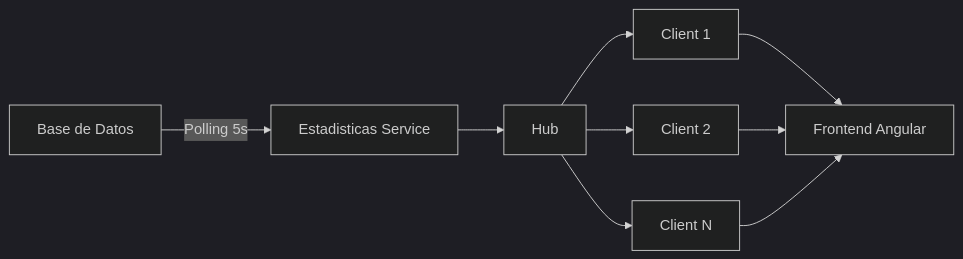
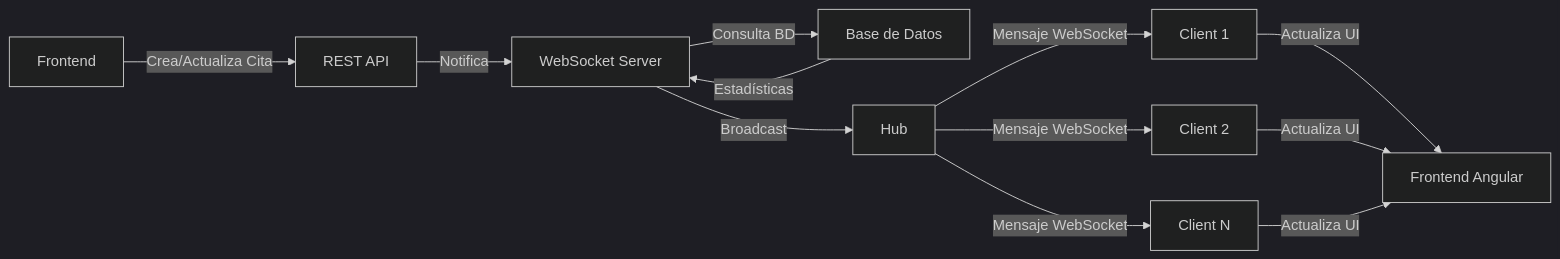
The diagram in backend/services/websocket-server/README.md (DavidJaramillo132/virtual-queue-cms), drawn with Mermaid (dark theme) before and after one commit. The commit also changed other lines of this file and 13 other files, not shown here.

````diff
--- a/backend/services/websocket-server/README.md
+++ b/backend/services/websocket-server/README.md
@@ -143,11 +166,14 @@
 ```mermaid
 graph LR
-    A[Base de Datos] -->|Polling 5s| B[Estadisticas Service]
-    B --> C[Hub]
-    C --> D[Client 1]
-    C --> E[Client 2]
-    C --> F[Client N]
-    D --> G[Frontend Angular]
-    E --> G
-    F --> G
+    A[Frontend] -->|Crea/Actualiza Cita| B[REST API]
+    B -->|Notifica| C[WebSocket Server]
+    C -->|Consulta BD| D[Base de Datos]
+    D -->|Estadísticas| C
+    C -->|Broadcast| E[Hub]
+    E -->|Mensaje WebSocket| F[Client 1]
+    E -->|Mensaje WebSocket| G[Client 2]
+    E -->|Mensaje WebSocket| H[Client N]
+    F -->|Actualiza UI| I[Frontend Angular]
+    G -->|Actualiza UI| I
+    H -->|Actualiza UI| I
 ```
````
